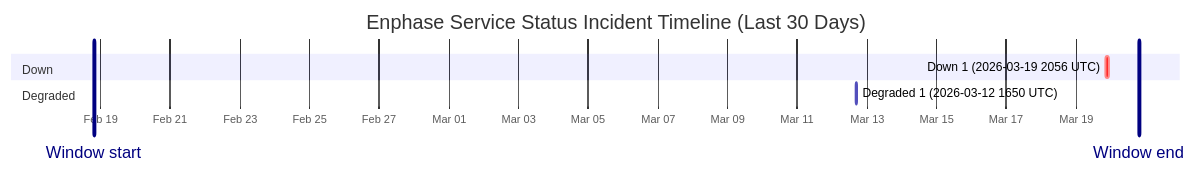
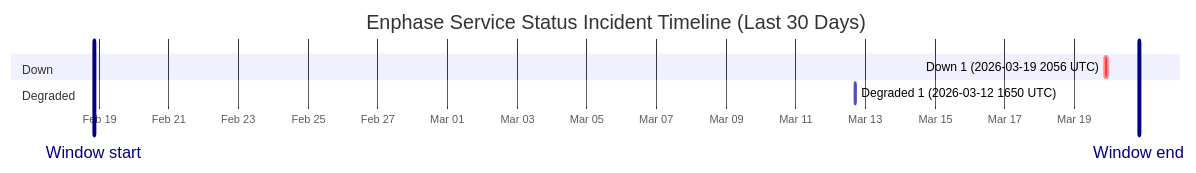
Before and after one commit to barneyonline/ha-enphase-ev-charger: the diagram in wiki/Service-Status-History.md, drawn with Mermaid. The commit also changed other lines of this file and 3 other files, not shown here.

````diff
--- a/wiki/Service-Status-History.md
+++ b/wiki/Service-Status-History.md
@@ -14,12 +14,12 @@
 ```mermaid
 gantt
     title Enphase Service Status Incident Timeline (Last 30 Days)
     dateFormat  YYYY-MM-DDTHH:mm:ss
     axisFormat  %b %d
-    Window start :vert, window-start, 2026-02-18T19:31:49, 0ms
-    Window end :vert, window-end, 2026-03-20T19:31:49, 0ms
+    Window start :vert, window-start, 2026-02-18T20:21:44, 0ms
+    Window end :vert, window-end, 2026-03-20T20:21:44, 0ms
     section Down
     Down 1 (2026-03-19 2056 UTC) :crit, down-1, 2026-03-19T20:56:20, 145m
     section Degraded
     Degraded 1 (2026-03-12 1650 UTC) :active, degraded-1, 2026-03-12T16:50:43, 60m
 ```
````
